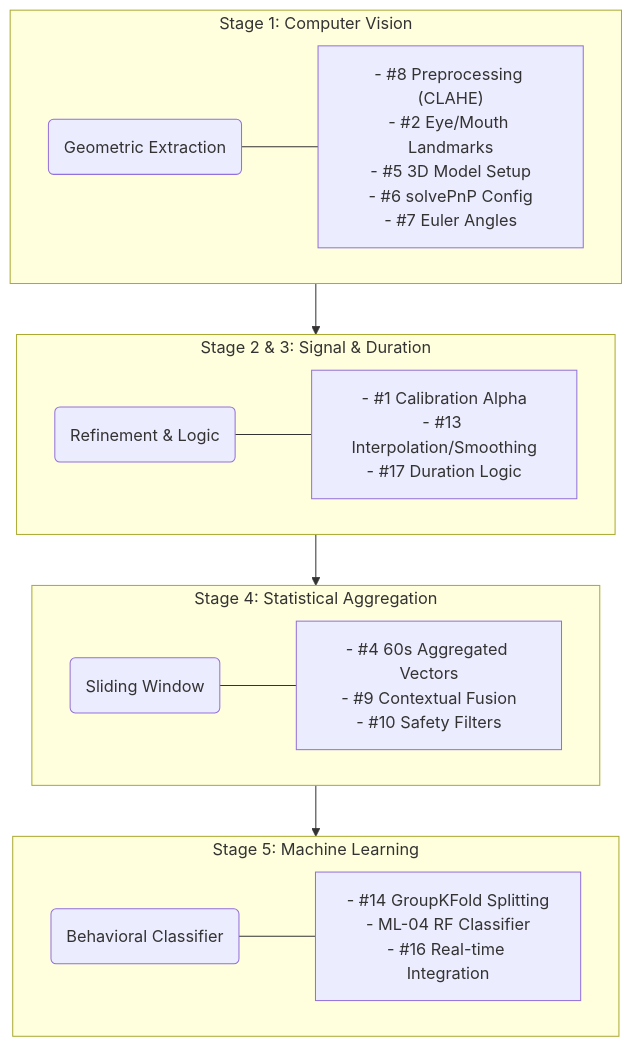
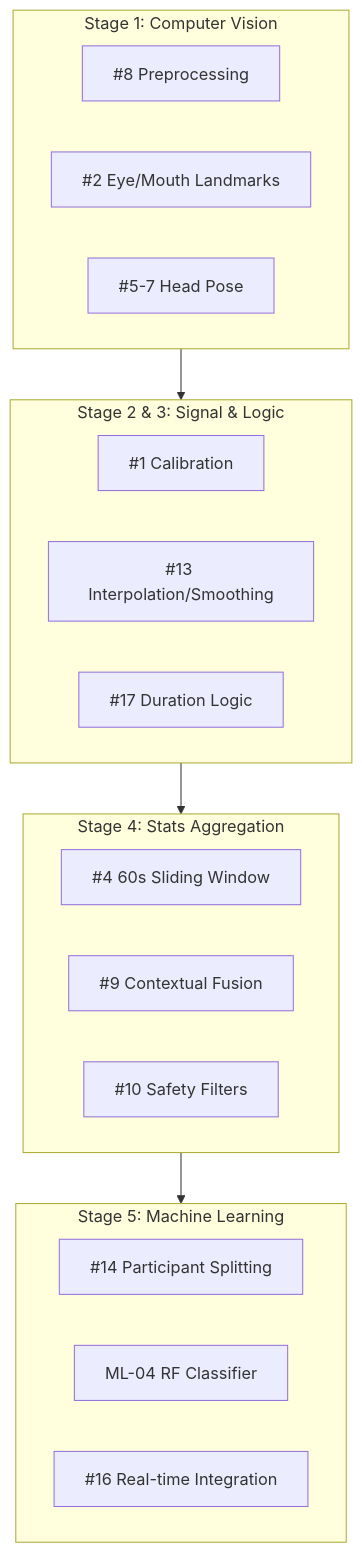
The diagram in DASHBOARD.md (thanhhuyvan/Lightweight-DMS), drawn with Mermaid before and after one commit. The commit also changed other lines of this file and 2 other files, not shown here.

Commit message:
docs: finalize scientific master plan and optimize mermaid diagrams

````diff
--- a/DASHBOARD.md
+++ b/DASHBOARD.md
@@ -5,22 +7,30 @@
 ```mermaid
 graph TD
-    subgraph S1 [Stage 1: Computer Vision]
-        S1_Logic(Geometric Extraction) --- S1_Tasks["- #8 Preprocessing (CLAHE)<br/>- #2 Eye/Mouth Landmarks<br/>- #5 3D Model Setup<br/>- #6 solvePnP Config<br/>- #7 Euler Angles"]
+    subgraph Stage1 [Stage 1: Computer Vision]
+        S1_1[#8 Preprocessing]
+        S1_2[#2 Eye/Mouth Landmarks]
+        S1_3[#5-7 Head Pose]
     end
 
-    subgraph S2 [Stage 2 & 3: Signal & Duration]
-        S2_Logic(Refinement & Logic) --- S2_Tasks["- #1 Calibration Alpha<br/>- #13 Interpolation/Smoothing<br/>- #17 Duration Logic"]
+    subgraph Stage23 [Stage 2 & 3: Signal & Logic]
+        S2_1[#1 Calibration]
+        S2_2[#13 Interpolation/Smoothing]
+        S2_3[#17 Duration Logic]
     end
 
-    subgraph S4 [Stage 4: Statistical Aggregation]
-        S4_Logic(Sliding Window) --- S4_Tasks["- #4 60s Aggregated Vectors<br/>- #9 Contextual Fusion<br/>- #10 Safety Filters"]
+    subgraph Stage4 [Stage 4: Stats Aggregation]
+        S4_1[#4 60s Sliding Window]
+        S4_2[#9 Contextual Fusion]
+        S4_3[#10 Safety Filters]
     end
 
-    subgraph S5 [Stage 5: Machine Learning]
-        S5_Logic(Behavioral Classifier) --- S5_Tasks["- #14 GroupKFold Splitting<br/>- ML-04 RF Classifier<br/>- #16 Real-time Integration"]
+    subgraph Stage5 [Stage 5: Machine Learning]
+        S5_1[#14 Participant Splitting]
+        S5_2[ML-04 RF Classifier]
+        S5_3[#16 Real-time Integration]
     end
 
-    S1 --> S2
-    S2 --> S4
-    S4 --> S5
+    Stage1 --> Stage23
+    Stage23 --> Stage4
+    Stage4 --> Stage5
 ```
````
